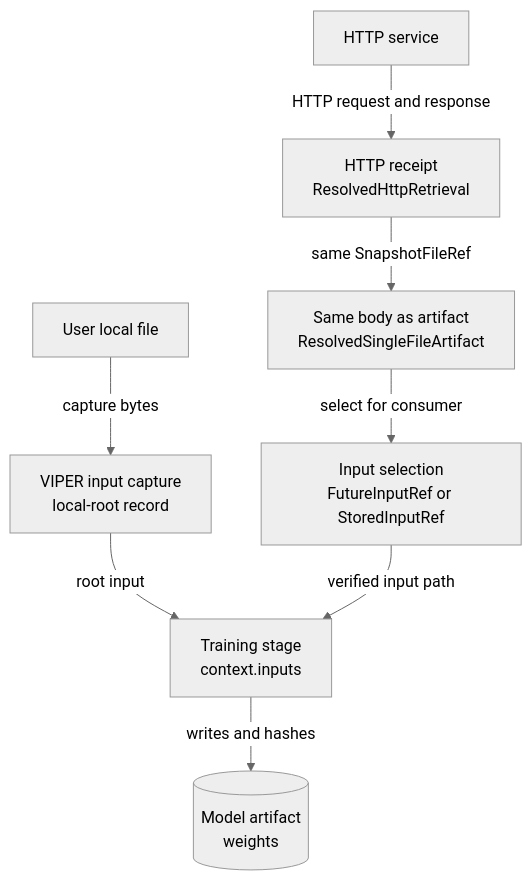
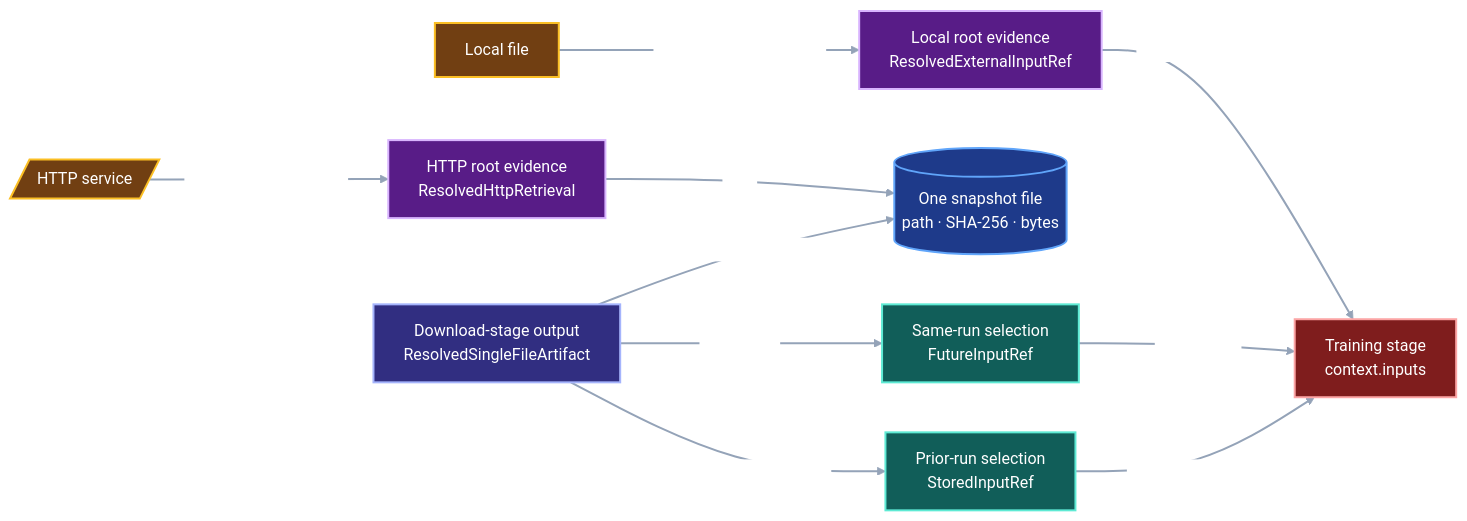
The diagram in docs/development/external-input-roots.md (pvd232/viper), drawn with Mermaid (neutral theme) before and after one commit. The commit also changed other lines of this file, not shown here.

Commit message:
Rewrite external input root contract

````diff
--- a/docs/development/external-input-roots.md
+++ b/docs/development/external-input-roots.md
@@ -56,20 +75,37 @@
 ```mermaid
-flowchart TB
-    Local["User local file"]
-    Service["HTTP service"]
-    Capture["VIPER input capture<br/>local-root record"]
-    Download["HTTP receipt<br/>ResolvedHttpRetrieval"]
-    Artifact["Same body as artifact<br/>ResolvedSingleFileArtifact"]
-    Select["Input selection<br/>FutureInputRef or StoredInputRef"]
+flowchart LR
+    Local["Local file"]
+    Service[/"HTTP service"/]
+    LocalRoot["Local root evidence<br/>ResolvedExternalInputRef"]
+    Retrieval["HTTP root evidence<br/>ResolvedHttpRetrieval"]
+    File[("One snapshot file<br/>path · SHA-256 · bytes")]
+    Artifact["Download-stage output<br/>ResolvedSingleFileArtifact"]
+    SameRun["Same-run selection<br/>FutureInputRef"]
+    PriorRun["Prior-run selection<br/>StoredInputRef"]
     Train["Training stage<br/>context.inputs"]
-    Weights[("Model artifact<br/>weights")]
 
-    Local -->|"capture bytes"| Capture
-    Capture -->|"root input"| Train
-    Service -->|"HTTP request and response"| Download
-    Download -->|"same SnapshotFileRef"| Artifact
-    Artifact -->|"select for consumer"| Select
-    Select -->|"verified input path"| Train
-    Train -->|"writes and hashes"| Weights
+    Local -->|"ExternalInputRef selects"| LocalRoot
+    LocalRoot -->|"captured file path"| Train
+    Service -->|"DownloadSpec request"| Retrieval
+    Retrieval -->|"body"| File
+    Artifact -->|"file: same SnapshotFileRef"| File
+    Artifact -->|"selected by"| SameRun
+    Artifact -->|"promoted and selected by"| PriorRun
+    SameRun -->|"artifact path"| Train
+    PriorRun -->|"verified artifact path"| Train
 
+    class Local,Service external
+    class LocalRoot,Retrieval root
+    class File evidence
+    class Artifact artifact
+    class SameRun,PriorRun reference
+    class Train consumer
+
+    classDef external fill:#713f12,stroke:#fbbf24,color:#ffffff,stroke-width:2px
+    classDef root fill:#581c87,stroke:#d8b4fe,color:#ffffff,stroke-width:2px
+    classDef evidence fill:#1e3a8a,stroke:#60a5fa,color:#ffffff,stroke-width:2px
+    classDef artifact fill:#312e81,stroke:#a5b4fc,color:#ffffff,stroke-width:2px
+    classDef reference fill:#115e59,stroke:#5eead4,color:#ffffff,stroke-width:2px
+    classDef consumer fill:#7f1d1d,stroke:#fca5a5,color:#ffffff,stroke-width:2px
+    linkStyle default stroke:#94a3b8,stroke-width:2px
 ```
````
